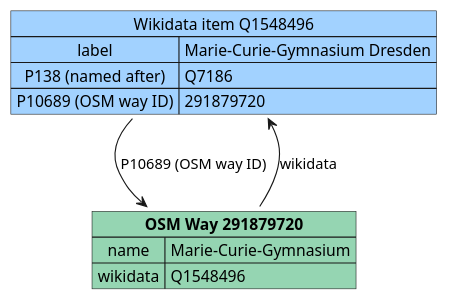
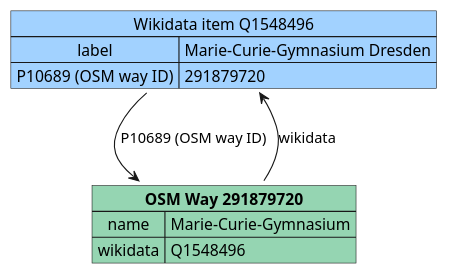
The diagram in images/data/osm_wikidata.plantuml (Danysan1/osm-wikidata-map-framework), drawn with PlantUML before and after one commit. The commit also changed 1 other file, not shown here.

```diff
--- a/images/data/osm_wikidata.plantuml
+++ b/images/data/osm_wikidata.plantuml
@@ -1,17 +1,16 @@
 @startuml osm_wikidata
 
 map "Wikidata item Q1548496" as wikid #a2d2ff {
   label => Marie-Curie-Gymnasium Dresden
-  P138 (named after) => Q7186
   P10689 (OSM way ID) => 291879720
 }
 
 map "**OSM Way 291879720**" as osmd #95d5b2 {
   name => Marie-Curie-Gymnasium
   wikidata => Q1548496
 }
 
 osmd --> wikid : wikidata
 wikid --> osmd : P10689 (OSM way ID)
 
 @enduml
```
